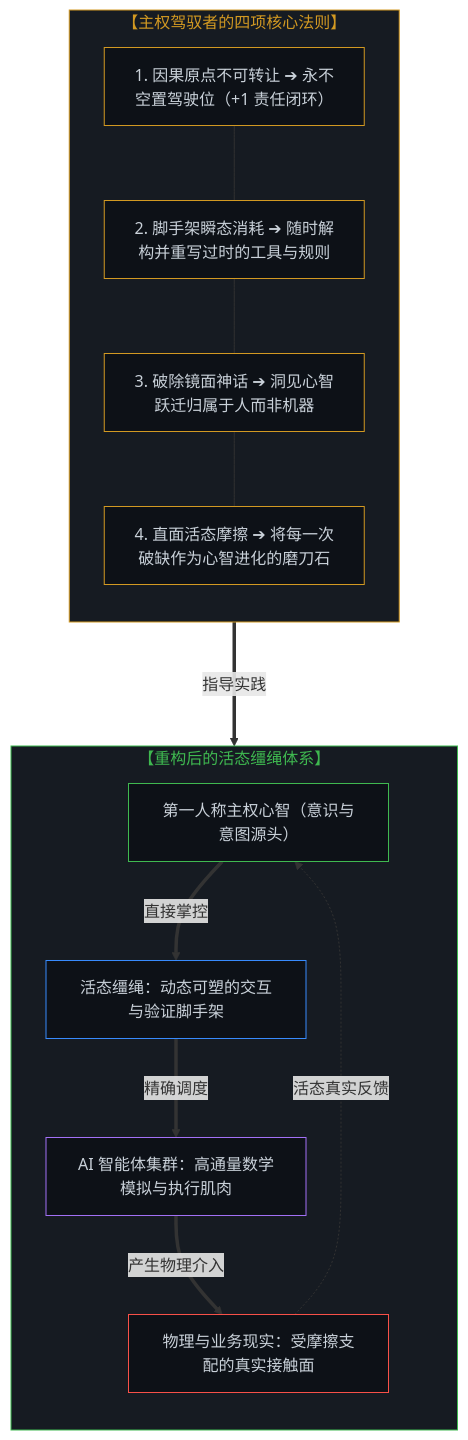
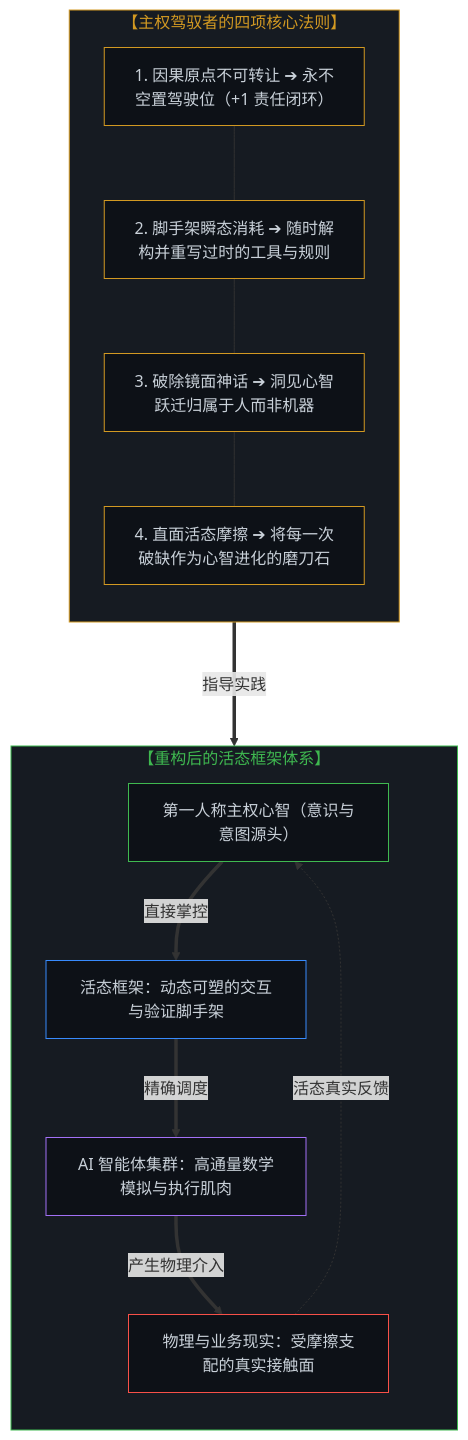
One commit to powerpig99/not-a-toe changed the fifth of 5 diagrams in content/posts/the-inversion-of-the-harness-and-the-driver-seat-asymmetry.md. Above: the diagram before and after it, drawn with Mermaid. The commit also changed other lines of this file and 5 other files, not shown here.

````diff
--- a/content/posts/the-inversion-of-the-harness-and-the-driver-seat-asymmetry.md
+++ b/content/posts/the-inversion-of-the-harness-and-the-driver-seat-asymmetry.md
@@ -309,36 +309,36 @@
 ```mermaid
 graph TD
     subgraph S_Principles["【主权驾驭者的四项核心法则】"]
         direction TB
         P1["1. 因果原点不可转让 ➔ 永不空置驾驶位（+1 责任闭环）"]
         P2["2. 脚手架瞬态消耗 ➔ 随时解构并重写过时的工具与规则"]
         P3["3. 破除镜面神话 ➔ 洞见心智跃迁归属于人而非机器"]
         P4["4. 直面活态摩擦 ➔ 将每一次破缺作为心智进化的磨刀石"]
         P1 --- P2 --- P3 --- P4
     end
 
-    subgraph S_LivingHarness["【重构后的活态缰绳体系】"]
+    subgraph S_LivingHarness["【重构后的活态框架体系】"]
         direction TB
         H1["第一人称主权心智（意识与意图源头）"]
-        H2["活态缰绳：动态可塑的交互与验证脚手架"]
+        H2["活态框架：动态可塑的交互与验证脚手架"]
         H3["AI 智能体集群：高通量数学模拟与执行肌肉"]
         H4["物理与业务现实：受摩擦支配的真实接触面"]
         H1 ==>|"直接掌控"| H2
         H2 ==>|"精确调度"| H3
         H3 ==>|"产生物理介入"| H4
         H4 -.->|"活态真实反馈"| H1
     end
 
     S_Principles ===>|"指导实践"| S_LivingHarness
 
     style S_Principles fill:#161b22,stroke:#d29922,stroke-width:1px,color:#d29922
     style S_LivingHarness fill:#161b22,stroke:#3fb950,stroke-width:1px,color:#3fb950
     style P1 fill:#0d1117,stroke:#d29922,stroke-width:1px,color:#c9d1d9
     style P2 fill:#0d1117,stroke:#d29922,stroke-width:1px,color:#c9d1d9
     style P3 fill:#0d1117,stroke:#d29922,stroke-width:1px,color:#c9d1d9
     style P4 fill:#0d1117,stroke:#d29922,stroke-width:1px,color:#c9d1d9
     style H1 fill:#0d1117,stroke:#3fb950,stroke-width:1px,color:#c9d1d9
     style H2 fill:#0d1117,stroke:#388bfd,stroke-width:1px,color:#c9d1d9
     style H3 fill:#0d1117,stroke:#a371f7,stroke-width:1px,color:#c9d1d9
     style H4 fill:#0d1117,stroke:#f85149,stroke-width:1px,color:#c9d1d9
 ```
````
